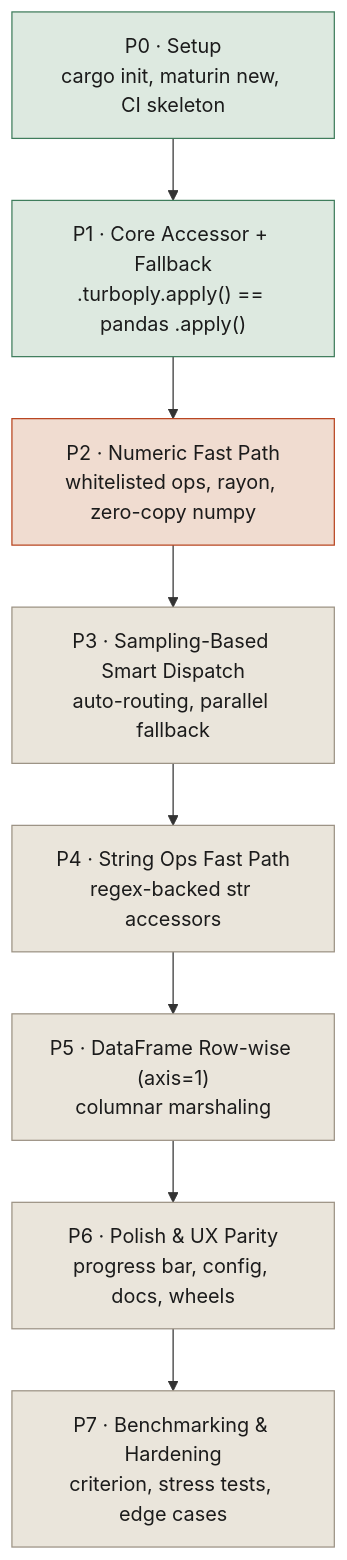
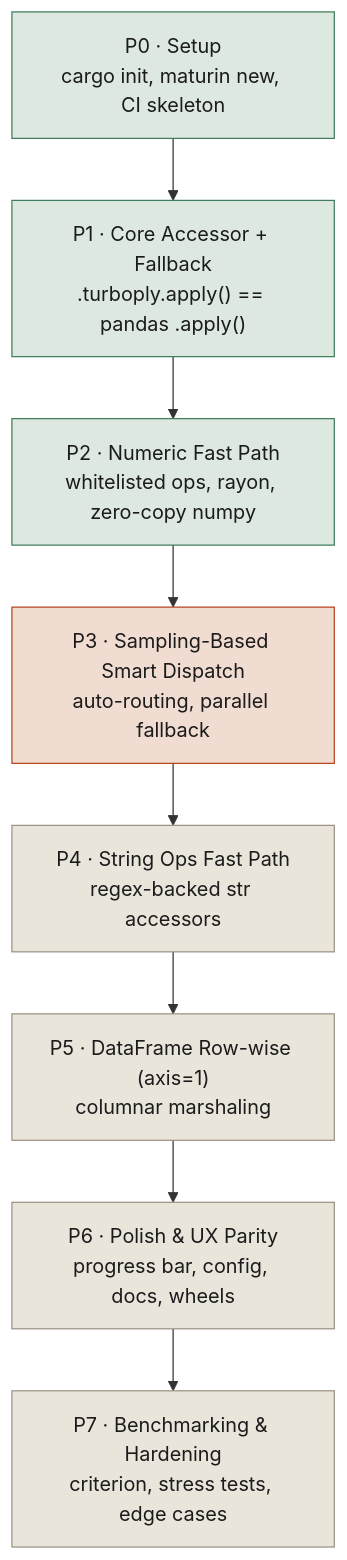
Before and after one commit to P-Sudhakar-tech/FastApply: the diagram in claude.md, drawn with Mermaid. The commit also changed other lines of this file and 5 other files, not shown here.

````diff
--- a/claude.md
+++ b/claude.md
@@ -54,18 +54,18 @@
 ```mermaid
 flowchart TD
     P0["P0 · Setup\ncargo init, maturin new, CI skeleton"] --> P1
     P1["P1 · Core Accessor + Fallback\n.turboply.apply() == pandas .apply()"] --> P2
     P2["P2 · Numeric Fast Path\nwhitelisted ops, rayon, zero-copy numpy"] --> P3
     P3["P3 · Sampling-Based Smart Dispatch\nauto-routing, parallel fallback"] --> P4
     P4["P4 · String Ops Fast Path\nregex-backed str accessors"] --> P5
     P5["P5 · DataFrame Row-wise (axis=1)\ncolumnar marshaling"] --> P6
     P6["P6 · Polish & UX Parity\nprogress bar, config, docs, wheels"] --> P7
     P7["P7 · Benchmarking & Hardening\ncriterion, stress tests, edge cases"]
 
     classDef done fill:#dde9e0,stroke:#3f7d5c,color:#1b1b1b;
     classDef next fill:#f0dcd0,stroke:#b8441f,color:#1b1b1b;
     classDef planned fill:#eae5db,stroke:#9c9284,color:#1b1b1b;
-    class P0,P1 done;
-    class P2 next;
-    class P3,P4,P5,P6,P7 planned;
+    class P0,P1,P2 done;
+    class P3 next;
+    class P4,P5,P6,P7 planned;
 ```
````
